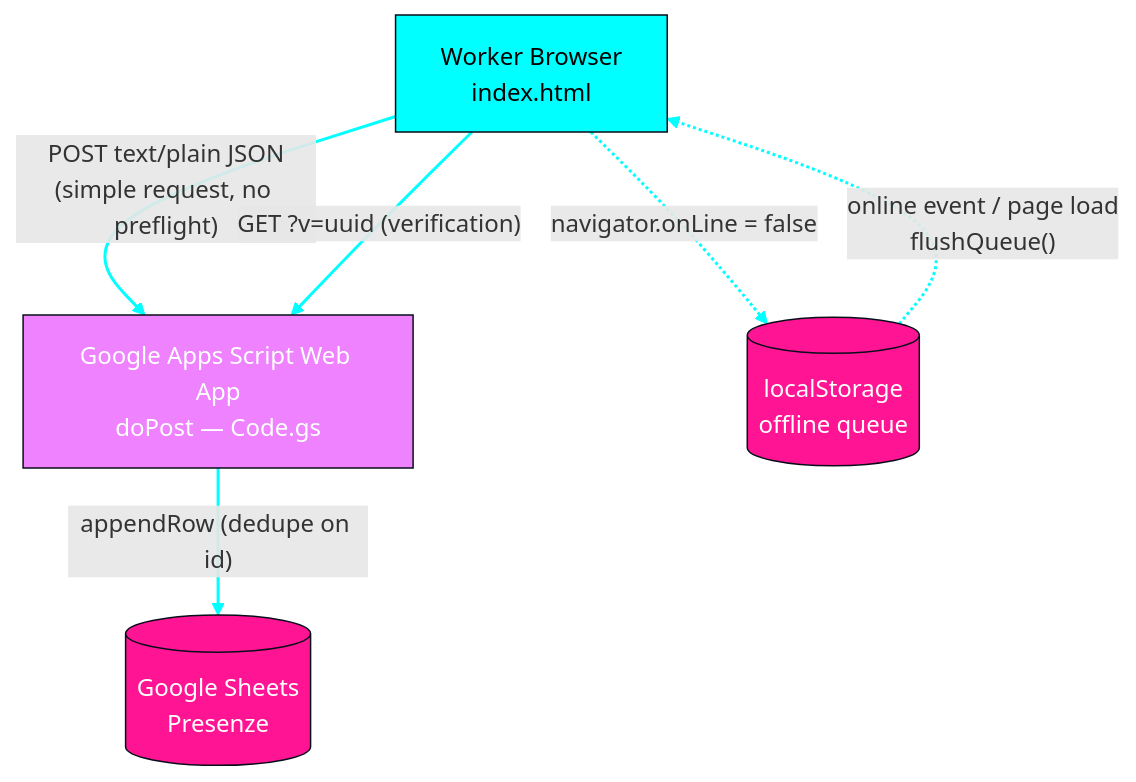
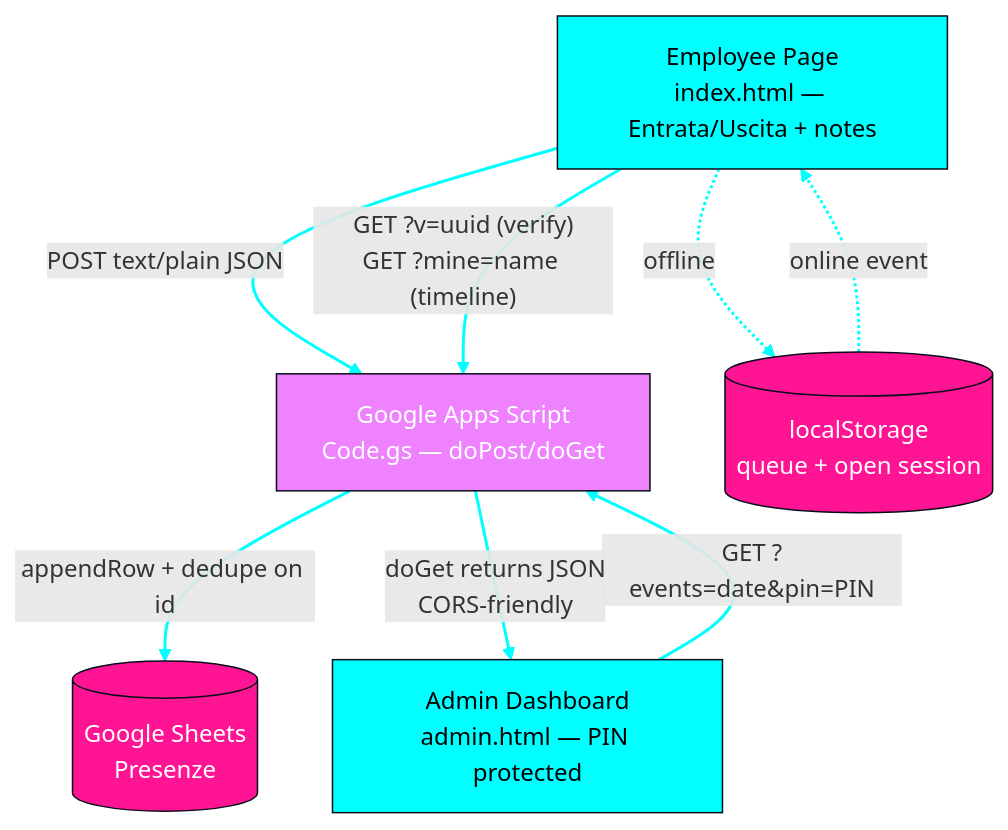
Before and after one commit to ZJoker10/jojolly-presenze: the first of 2 diagrams in README.md, drawn with Mermaid. The commit also changed other lines of this file and 3 other files, not shown here.

First line of the commit message:
feat: dual-interface app with entry/exit sessions, notes and admin dashboard

````diff
--- a/README.md
+++ b/README.md
@@ -27,20 +45,21 @@
 ```mermaid
 graph TD
-    A[Worker Browser<br/>index.html] -->|"POST text/plain JSON<br/>(simple request, no preflight)"| B[Google Apps Script Web App<br/>doPost — Code.gs]
-    A -->|"GET ?v=uuid (verification)"| B
-    B -->|"appendRow (dedupe on id)"| C[(Google Sheets<br/>Presenze)]
-    A -.->|"navigator.onLine = false"| D[(localStorage<br/>offline queue)]
-    D -.->|"online event / page load<br/>flushQueue()"| A
+    A[Employee Page<br/>index.html — Entrata/Uscita + notes] -->|"POST text/plain JSON"| B[Google Apps Script<br/>Code.gs — doPost/doGet]
+    C[Admin Dashboard<br/>admin.html — PIN protected] -->|"GET ?events=date&amp;pin=PIN"| B
+    A -->|"GET ?v=uuid (verify)<br/>GET ?mine=name (timeline)"| B
+    B -->|appendRow + dedupe on id| D[(Google Sheets<br/>Presenze)]
+    A -.->|"offline"| E[(localStorage<br/>queue + open session)]
+    E -.->|"online event"| A
+    B -->|"doGet returns JSON<br/>CORS-friendly"| C
 
     classDef Primary fill:#00ffff,color:#000,stroke:#080d1a
     classDef Gateway fill:#ee82ff,color:#fff,stroke:#080d1a
     classDef DataLayer fill:#ff1493,color:#fff,stroke:#080d1a
     classDef External fill:#444,color:#ccc,stroke:#666
 
-    class A Primary
+    class A,C Primary
     class B Gateway
-    class C DataLayer
-    class D DataLayer
+    class D,E DataLayer
 
     linkStyle default stroke:#00ffff,stroke-width:2px
 ```
````
